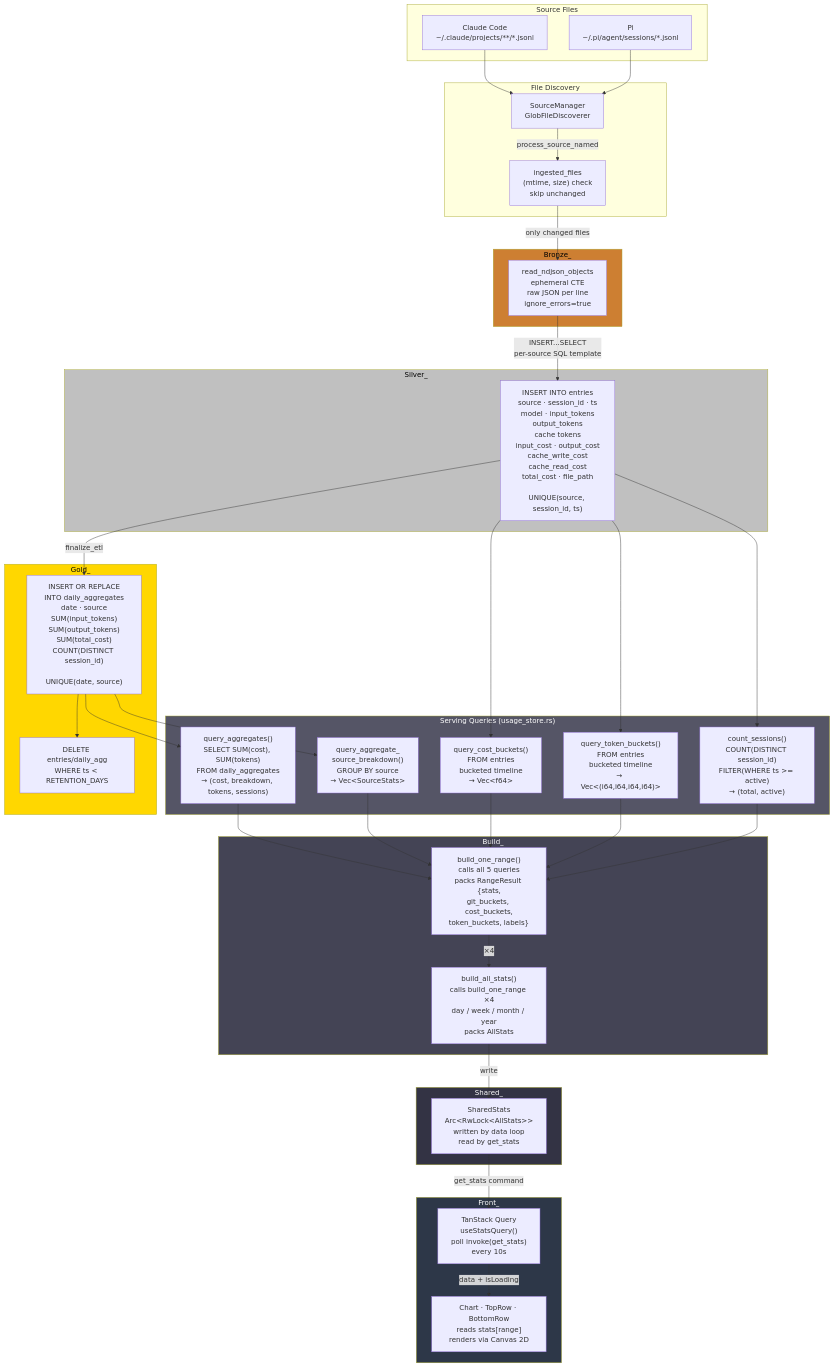
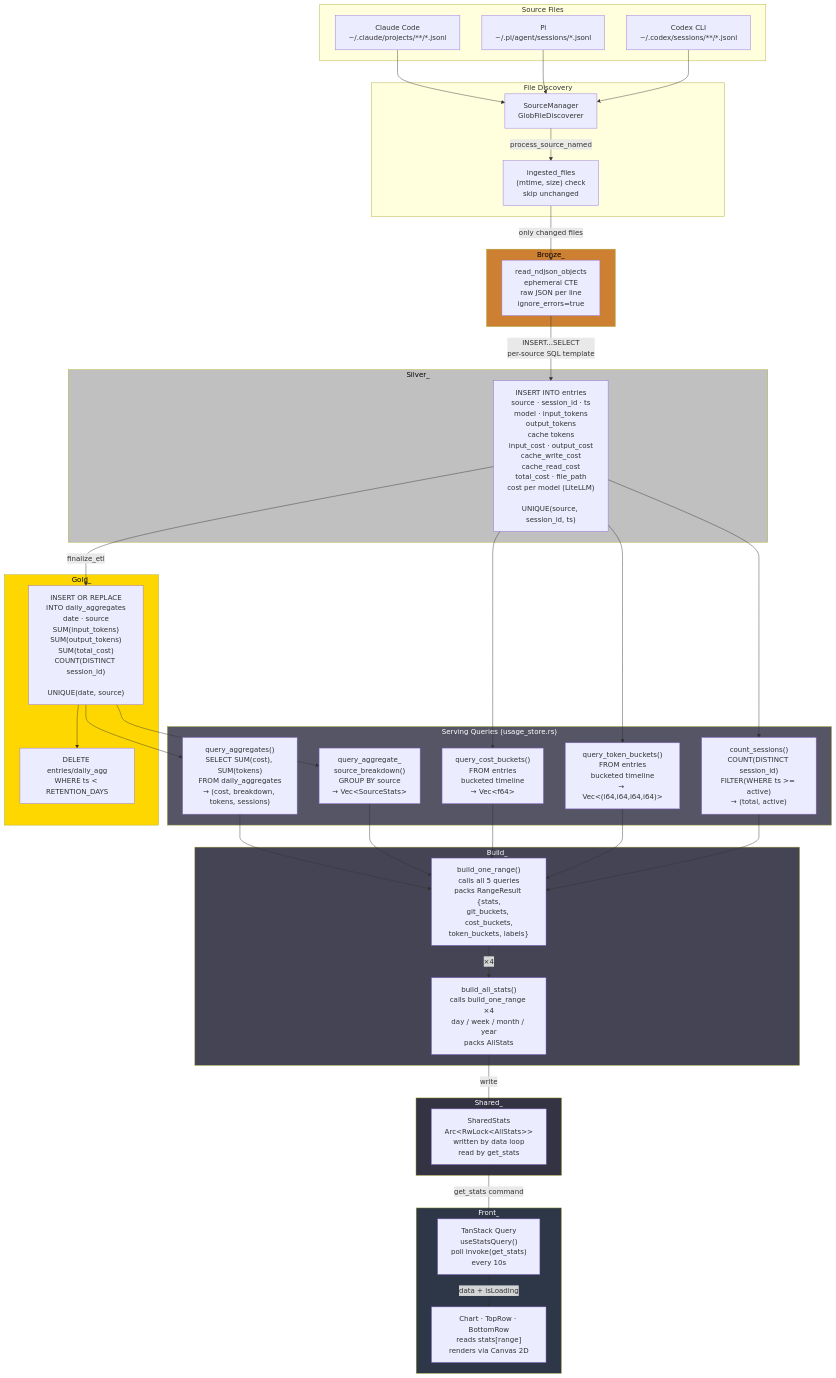
The second of 5 diagrams in docs/DATA_FLOWS.md (evanokeefe39/loc-dock), drawn with Mermaid before and after one commit. The commit also changed other lines of this file and 6 other files, not shown here.

First line of the commit message:
docs: bring docs up to date with multi-source adapters, LiteLLM pricing, and settings.json (#24)

````diff
--- a/docs/DATA_FLOWS.md
+++ b/docs/DATA_FLOWS.md
@@ -94,80 +94,82 @@
 ```mermaid
 flowchart TD
     subgraph Sources["Source Files"]
         CLAUDE_JSONL["Claude Code\n~/.claude/projects/**/*.jsonl"]
         PI_JSONL["Pi\n~/.pi/agent/sessions/*.jsonl"]
+        CODEX_JSONL["Codex CLI\n~/.codex/sessions/**/*.jsonl"]
     end
 
     subgraph Discovery["File Discovery"]
         SM["SourceManager\nGlobFileDiscoverer"]
         REGISTRY["ingested_files\n(mtime, size) check\nskip unchanged"]
     end
 
     subgraph Bronze_
         BRONZE["read_ndjson_objects\nephemeral CTE\nraw JSON per line\nignore_errors=true"]
     end
 
     subgraph Silver_
-        ENTRIES["INSERT INTO entries\nsource · session_id · ts\nmodel · input_tokens\noutput_tokens\ncache tokens\ninput_cost · output_cost\ncache_write_cost\ncache_read_cost\ntotal_cost · file_path\n\nUNIQUE(source, session_id, ts)"]
+        ENTRIES["INSERT INTO entries\nsource · session_id · ts\nmodel · input_tokens\noutput_tokens\ncache tokens\ninput_cost · output_cost\ncache_write_cost\ncache_read_cost\ntotal_cost · file_path\ncost per model (LiteLLM)\n\nUNIQUE(source, session_id, ts)"]
     end
 
     subgraph Gold_
         DAILY["INSERT OR REPLACE\nINTO daily_aggregates\ndate · source\nSUM(input_tokens)\nSUM(output_tokens)\nSUM(total_cost)\nCOUNT(DISTINCT session_id)\n\nUNIQUE(date, source)"]
         RETENTION["DELETE entries/daily_agg\nWHERE ts < RETENTION_DAYS"]
     end
 
     subgraph Serving_["Serving Queries (usage_store.rs)"]
         Q_AGG["query_aggregates()\nSELECT SUM(cost), SUM(tokens)\nFROM daily_aggregates\n→ (cost, breakdown, tokens, sessions)"]
         Q_COST["query_cost_buckets()\nFROM entries\nbucketed timeline\n→ Vec&lt;f64&gt;"]
         Q_TOKENS["query_token_buckets()\nFROM entries\nbucketed timeline\n→ Vec&lt;(i64,i64,i64,i64)&gt;"]
         Q_SESSIONS["count_sessions()\nCOUNT(DISTINCT session_id)\nFILTER(WHERE ts >= active)\n→ (total, active)"]
         Q_SRC["query_aggregate_\nsource_breakdown()\nGROUP BY source\n→ Vec&lt;SourceStats&gt;"]
     end
 
     subgraph Build_
         ONE_RANGE["build_one_range()\ncalls all 5 queries\npacks RangeResult {stats,\ngit_buckets, cost_buckets,\ntoken_buckets, labels}"]
         ALL_STATS["build_all_stats()\ncalls build_one_range ×4\nday / week / month / year\npacks AllStats"]
     end
 
     subgraph Shared_
         SS["SharedStats\nArc&lt;RwLock&lt;AllStats&gt;&gt;\nwritten by data loop\nread by get_stats"]
     end
 
     subgraph Front_
         TQ_["TanStack Query\nuseStatsQuery()\npoll invoke(get_stats)\nevery 10s"]
         COMP["Chart · TopRow · BottomRow\nreads stats[range]\nrenders via Canvas 2D"]
     end
 
     CLAUDE_JSONL --> SM
     PI_JSONL --> SM
+    CODEX_JSONL --> SM
     SM -->|process_source_named| REGISTRY
     REGISTRY -->|only changed files| BRONZE
     BRONZE -->|INSERT...SELECT\nper-source SQL template| ENTRIES
     ENTRIES -->|finalize_etl| DAILY
     DAILY --> RETENTION
 
     DAILY --> Q_AGG
     DAILY --> Q_SRC
     ENTRIES --> Q_COST
     ENTRIES --> Q_TOKENS
     ENTRIES --> Q_SESSIONS
 
     Q_AGG --> ONE_RANGE
     Q_COST --> ONE_RANGE
     Q_TOKENS --> ONE_RANGE
     Q_SESSIONS --> ONE_RANGE
     Q_SRC --> ONE_RANGE
 
     ONE_RANGE -->|×4| ALL_STATS
     ALL_STATS -->|write| SS
     SS -->|get_stats command| TQ_
     TQ_ -->|data + isLoading| COMP
 
     style Bronze_ fill:#CD7F32,color:#000
     style Silver_ fill:#C0C0C0,color:#000
     style Gold_ fill:#FFD700,color:#000
     style Serving_ fill:#556,color:#fff
     style Build_ fill:#445,color:#fff
     style Shared_ fill:#334,color:#fff
     style Front_ fill:#2d3748,color:#fff
 ```
````
